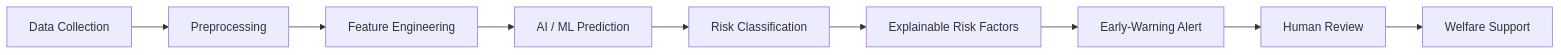
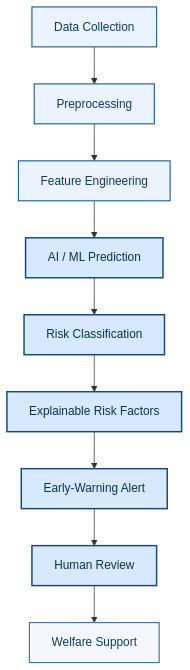
One commit to ankita06nandy/ManRaksh changed the second of 6 diagrams in README.md. Above: the diagram before and after it, drawn with Mermaid.

Commit message:
Enhance README with workflow diagram
Added mermaid diagram to illustrate the continuous pipeline workflow.

````diff
--- a/README.md
+++ b/README.md
@@ -264,22 +264,48 @@
 ```mermaid
-flowchart LR
+flowchart TD
+
+    %% =====================================================
+    %% CORE WORKFLOW
+    %% =====================================================
 
     C["Data Collection"]
     P["Preprocessing"]
     F["Feature Engineering"]
     M["AI / ML Prediction"]
     R["Risk Classification"]
     X["Explainable Risk Factors"]
     A["Early-Warning Alert"]
     H["Human Review"]
     W["Welfare Support"]
 
+    %% =====================================================
+    %% PRIMARY WORKFLOW
+    %% =====================================================
+
     C --> P
     P --> F
     F --> M
     M --> R
     R --> X
     X --> A
     A --> H
     H --> W
+
+
+    %% =====================================================
+    %% FORMAL ARCHITECTURE-STYLE COLOURING
+    %% =====================================================
+
+    classDef main fill:#EAF3FF,stroke:#1F5A94,stroke-width:1.5px,color:#123B5D;
+    classDef analysis fill:#D7E9FF,stroke:#174A7A,stroke-width:2px,color:#0D3152;
+    classDef outcome fill:#F4F8FC,stroke:#3D6F9E,stroke-width:1.5px,color:#123B5D;
+
+    %% Core processing
+    class C,P,F main;
+
+    %% AI / Decision stages
+    class M,R,X,A,H analysis;
+
+    %% Final support stage
+    class W outcome;
 ```
````
